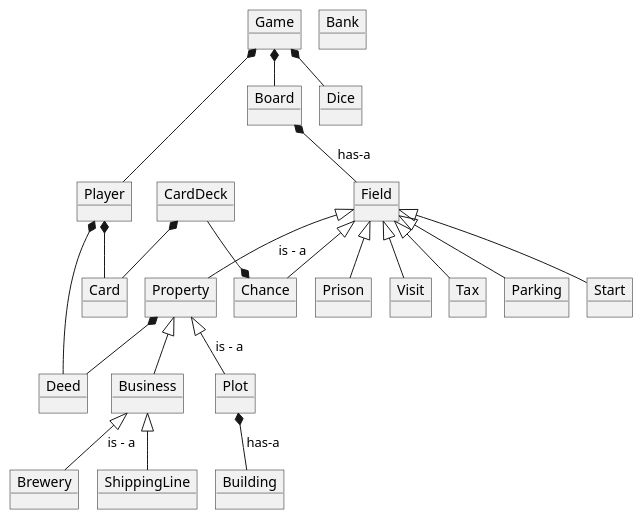
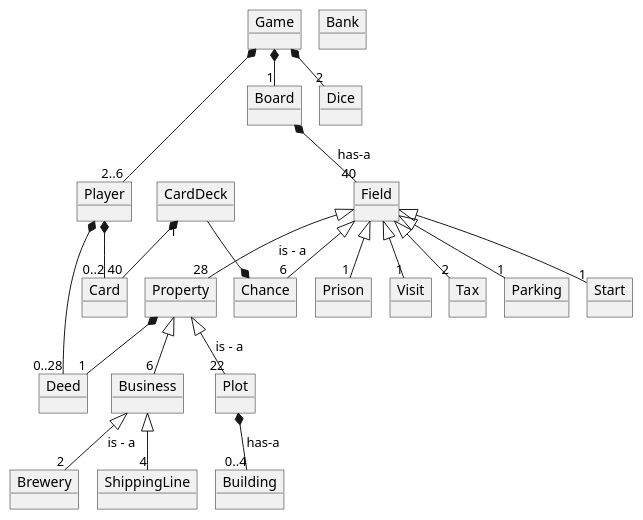
Before and after one commit to Dat1Cphbusiness/MonopolyE26: the diagram in doc/static/domainmodel.puml, drawn with PlantUML.

```diff
--- a/doc/static/domainmodel.puml
+++ b/doc/static/domainmodel.puml
@@ -1,57 +1,58 @@
 @startuml
 !pragma layout smetana
 
 'nyt: carddeck - card
 
 object Game
 object Player
 object Dice
 object CardDeck
 object Card
 object Board
 object Field
 object Property
 object Prison
 object Visit
 object Tax
 object Parking
 object Start
 object Chance
 object ShippingLine
 object Brewery
 object Building
 object Deed
 object Bank
 object Business
 object Plot
 
-Game *-- Board
-Game *--  Player
+Game *-- "1" Board
+Game *-- "2..6" Player
 
-Game *-- Dice
-Board *-- Field : has-a
+Game *-- "2" Dice
+Board *-- "40" Field : has-a
 
-Plot *-- Building: has-a
-Property  *--  Deed
-Player *--  Deed
-Business <|--  ShippingLine
-Business <|--  Brewery : is - a
+Plot *-- "0..4" Building: has-a
+Property  *-- "1" Deed
+Player *-- "0..28" Deed
+Business <|--  "4" ShippingLine
+Business <|--  "2" Brewery : is - a
 
-Field <|-- Property : is - a
-Field <|-- Start
-Field <|-- Chance
-Field <|-- Parking
-Field <|-- Tax
-Field <|-- Prison
-Field <|-- Visit
+Field <|-- "28" Property : is - a
+Field <|-- "1" Start
+Field <|-- "6" Chance
+Field <|-- "1" Parking
+Field <|-- "2" Tax
+Field <|-- "1" Prison
+Field <|-- "1" Visit
 
 
 CardDeck --* Chance
-Property <|-- Business
-Property <|-- Plot: is - a
+Property <|-- "6" Business
+Property <|-- "22" Plot: is - a
 
-Player *--  Card
-CardDeck  *--  Card
+Player *-- "0..2" Card
+CardDeck "1" *-- "40" Card
 
+'forskellige typer bygninger?
 
 @enduml
```
